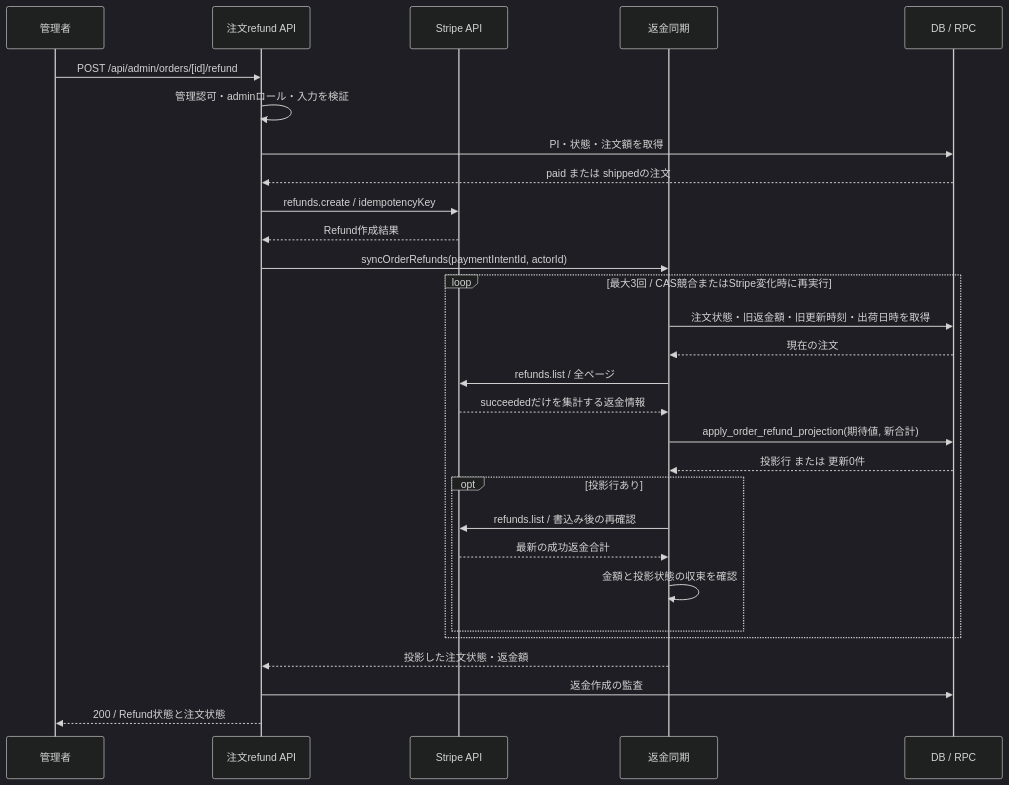
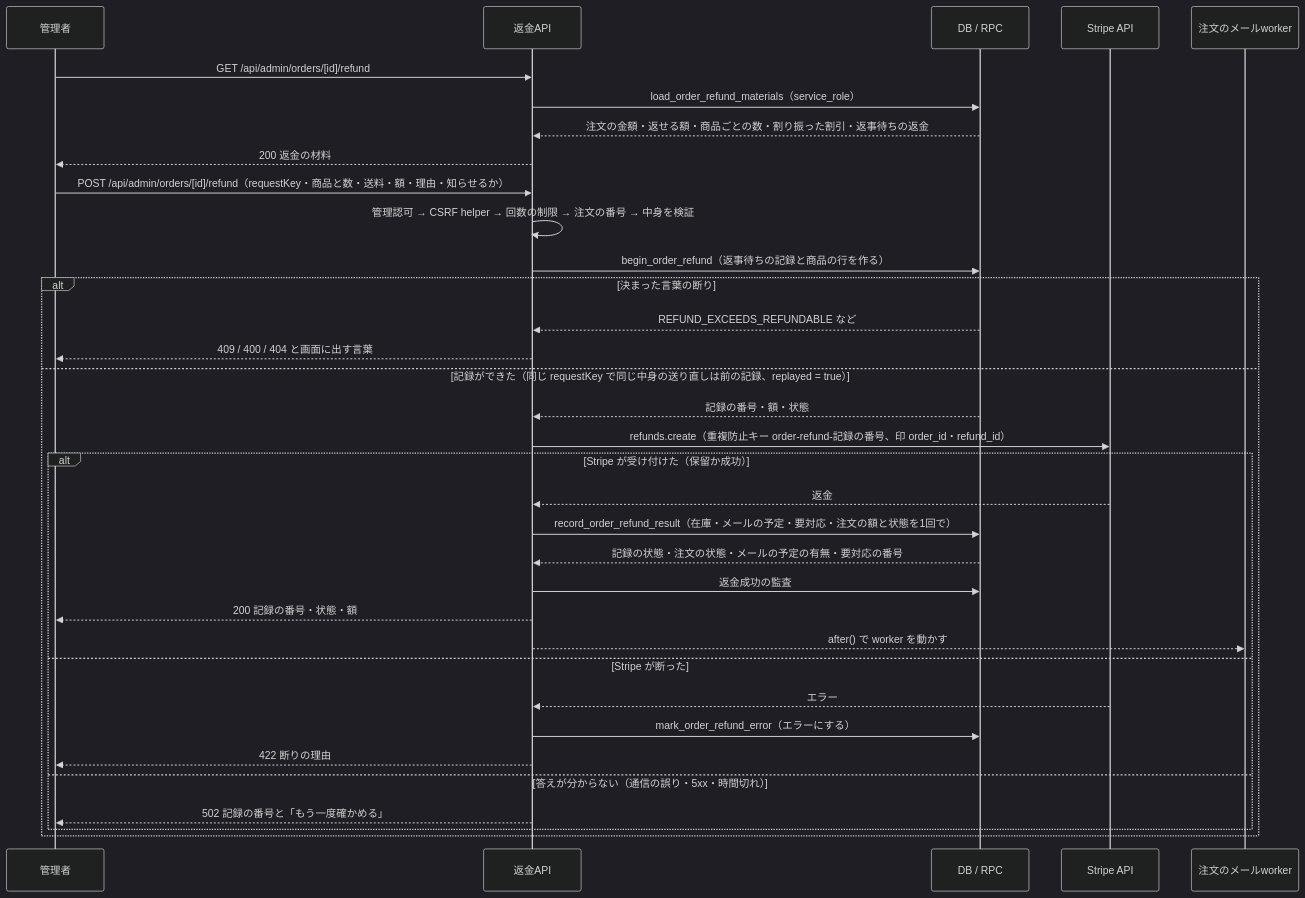
The fourth of 10 diagrams in docs/04_DetailDesign/sequence/order-administration.md (ChocoWork/o_official), drawn with Mermaid (dark theme) before and after one commit. The commit also changed other lines of this file and 15 other files, not shown here.

````diff
--- a/docs/04_DetailDesign/sequence/order-administration.md
+++ b/docs/04_DetailDesign/sequence/order-administration.md
@@ -188,31 +192,36 @@
 ```mermaid
 sequenceDiagram
     participant Admin as 管理者
-    participant API as 注文refund API
+    participant API as 返金API
+    participant DB as DB / RPC
     participant Stripe as Stripe API
-    participant Sync as 返金同期
-    participant DB as DB / RPC
-    Admin->>API: POST /api/admin/orders/[id]/refund
-    API->>API: 管理認可・adminロール・入力を検証
-    API->>DB: PI・状態・注文額を取得
-    DB-->>API: paid または shippedの注文
-    API->>Stripe: refunds.create / idempotencyKey
-    Stripe-->>API: Refund作成結果
-    API->>Sync: syncOrderRefunds(paymentIntentId, actorId)
-    loop 最大3回 / CAS競合またはStripe変化時に再実行
-        Sync->>DB: 注文状態・旧返金額・旧更新時刻・出荷日時を取得
-        DB-->>Sync: 現在の注文
-        Sync->>Stripe: refunds.list / 全ページ
-        Stripe-->>Sync: succeededだけを集計する返金情報
-        Sync->>DB: apply_order_refund_projection(期待値, 新合計)
-        DB-->>Sync: 投影行 または 更新0件
-        opt 投影行あり
-            Sync->>Stripe: refunds.list / 書込み後の再確認
-            Stripe-->>Sync: 最新の成功返金合計
-            Sync->>Sync: 金額と投影状態の収束を確認
+    participant Mail as 注文のメールworker
+    Admin->>API: GET /api/admin/orders/[id]/refund
+    API->>DB: load_order_refund_materials（service_role）
+    DB-->>API: 注文の金額・返せる額・商品ごとの数・割り振った割引・返事待ちの返金
+    API-->>Admin: 200 返金の材料
+    Admin->>API: POST /api/admin/orders/[id]/refund（requestKey・商品と数・送料・額・理由・知らせるか）
+    API->>API: 管理認可 → CSRF helper → 回数の制限 → 注文の番号 → 中身を検証
+    API->>DB: begin_order_refund（返事待ちの記録と商品の行を作る）
+    alt 決まった言葉の断り
+        DB-->>API: REFUND_EXCEEDS_REFUNDABLE など
+        API-->>Admin: 409 / 400 / 404 と画面に出す言葉
+    else 記録ができた（同じ requestKey で同じ中身の送り直しは前の記録、replayed = true）
+        DB-->>API: 記録の番号・額・状態
+        API->>Stripe: refunds.create（重複防止キー order-refund-記録の番号、印 order_id・refund_id）
+        alt Stripe が受け付けた（保留か成功）
+            Stripe-->>API: 返金
+            API->>DB: record_order_refund_result（在庫・メールの予定・要対応・注文の額と状態を1回で）
+            DB-->>API: 記録の状態・注文の状態・メールの予定の有無・要対応の番号
+            API->>DB: 返金成功の監査
+            API-->>Admin: 200 記録の番号・状態・額
+            API-->>Mail: after() で worker を動かす
+        else Stripe が断った
+            Stripe-->>API: エラー
+            API->>DB: mark_order_refund_error（エラーにする）
+            API-->>Admin: 422 断りの理由
+        else 答えが分からない（通信の誤り・5xx・時間切れ）
+            API-->>Admin: 502 記録の番号と「もう一度確かめる」
         end
     end
-    Sync-->>API: 投影した注文状態・返金額
-    API->>DB: 返金作成の監査
-    API-->>Admin: 200 / Refund状態と注文状態
 ```
````
